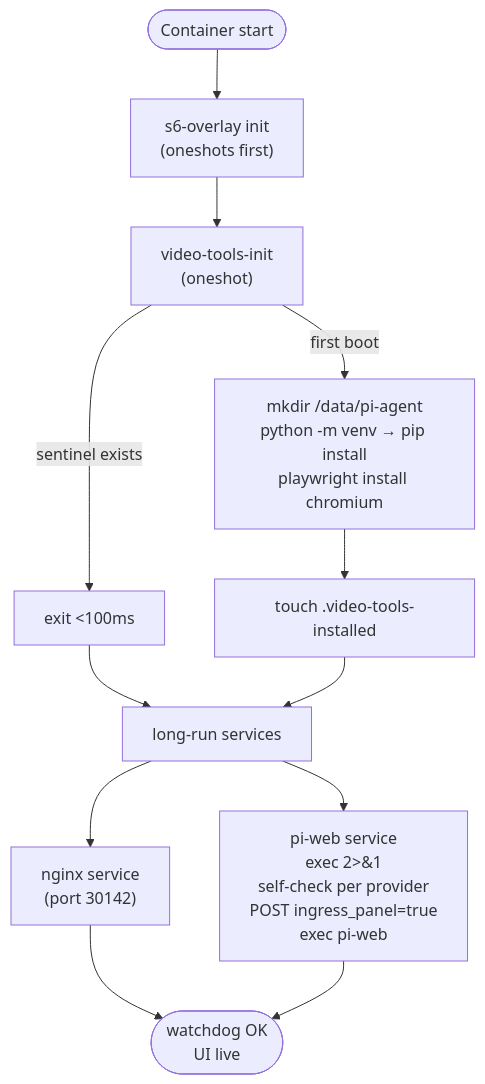
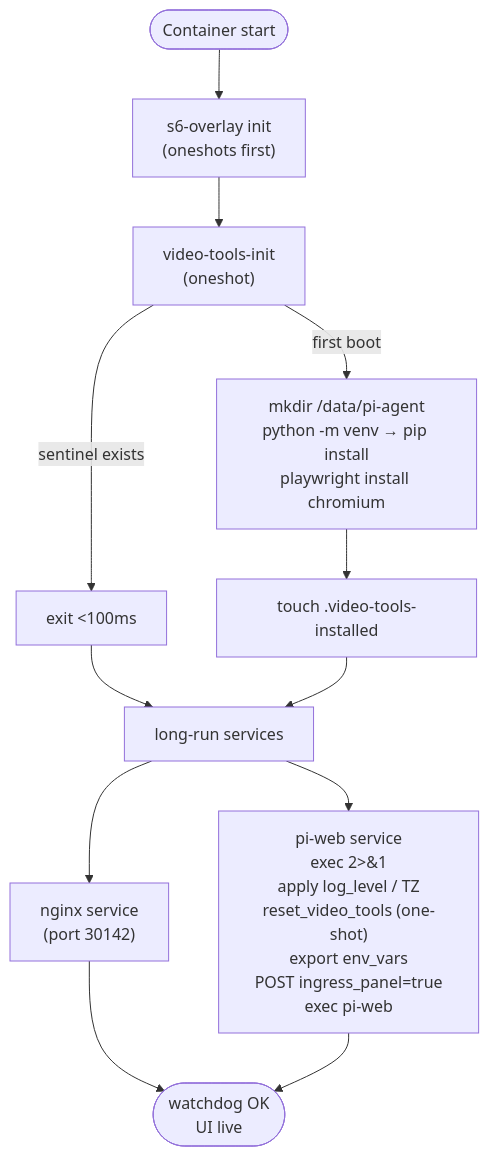
Before and after one commit to WOOWTECH/Woow_ha_pi_agent_add_on: the third of 3 diagrams in README.md, drawn with Mermaid. The commit also changed other lines of this file and 7 other files, not shown here.

````diff
--- a/README.md
+++ b/README.md
@@ -135,14 +138,14 @@
 ```mermaid
 flowchart TD
     Start(["Container start"]) --> S6["s6-overlay init<br/>(oneshots first)"]
     S6 --> Init["video-tools-init<br/>(oneshot)"]
     Init -->|sentinel exists| Skip["exit &lt;100ms"]
     Init -->|first boot| Bootstrap["mkdir /data/pi-agent<br/>python -m venv → pip install<br/>playwright install chromium"]
     Bootstrap --> Sentinel["touch .video-tools-installed"]
     Skip --> Longrun["long-run services"]
     Sentinel --> Longrun
     Longrun --> Nginx["nginx service<br/>(port 30142)"]
-    Longrun --> PiWeb["pi-web service<br/>exec 2>&amp;1<br/>self-check per provider<br/>POST ingress_panel=true<br/>exec pi-web"]
+    Longrun --> PiWeb["pi-web service<br/>exec 2>&amp;1<br/>apply log_level / TZ<br/>reset_video_tools (one-shot)<br/>export env_vars<br/>POST ingress_panel=true<br/>exec pi-web"]
     Nginx --> Ready(["watchdog OK<br/>UI live"])
     PiWeb --> Ready
 ```
````
